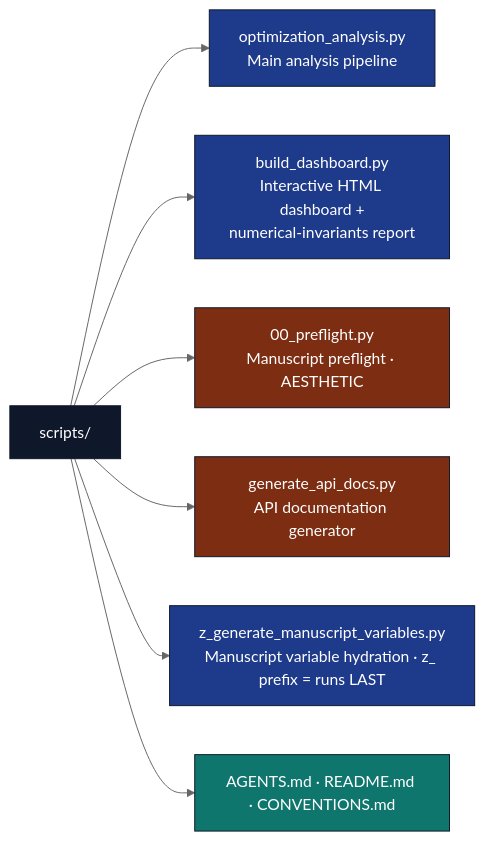
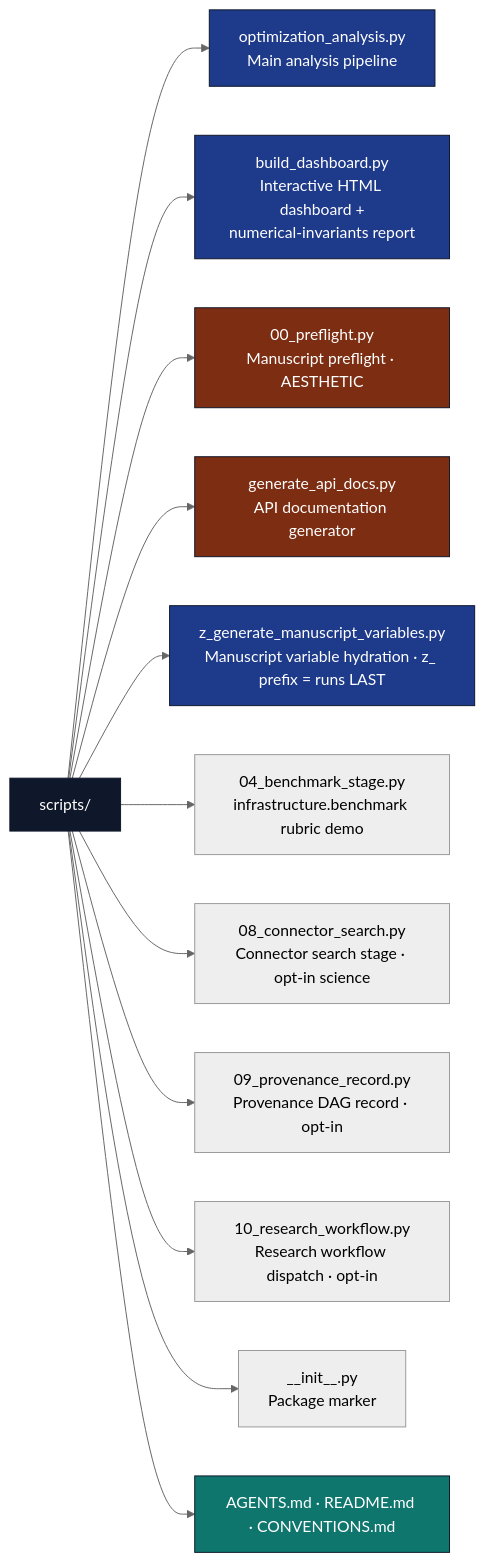
Before and after one commit to docxology/template: the diagram in projects/templates/template_code_project/scripts/AGENTS.md, drawn with Mermaid (neutral theme). The commit also changed other lines of this file and 15 other files, not shown here.

````diff
--- a/projects/templates/template_code_project/scripts/AGENTS.md
+++ b/projects/templates/template_code_project/scripts/AGENTS.md
@@ -18,19 +18,24 @@
 ```mermaid
 flowchart LR
     SC[scripts/]
     SC --> OA[optimization_analysis.py<br/>Main analysis pipeline]
     SC --> BD[build_dashboard.py<br/>Interactive HTML dashboard +<br/>numerical-invariants report]
     SC --> PF[00_preflight.py<br/>Manuscript preflight · AESTHETIC]
     SC --> GD[generate_api_docs.py<br/>API documentation generator]
     SC --> ZGEN[z_generate_manuscript_variables.py<br/>Manuscript variable hydration · z_ prefix = runs LAST]
+    SC --> BMS[04_benchmark_stage.py<br/>infrastructure.benchmark rubric demo]
+    SC --> CSR[08_connector_search.py<br/>Connector search stage · opt-in science]
+    SC --> PRR[09_provenance_record.py<br/>Provenance DAG record · opt-in]
+    SC --> RWF[10_research_workflow.py<br/>Research workflow dispatch · opt-in]
+    SC --> INIT[__init__.py<br/>Package marker]
     SC --> DOCS[AGENTS.md · README.md · CONVENTIONS.md]
 
     classDef d fill:#0f172a,stroke:#0f172a,color:#fff
     classDef code fill:#1e3a8a,stroke:#0f172a,color:#fff
     classDef doc fill:#0f766e,stroke:#0f172a,color:#fff
     classDef aux fill:#7c2d12,stroke:#0f172a,color:#fff
     class SC d
     class OA,BD,ZGEN code
     class PF,GD aux
     class DOCS doc
 ```
````
